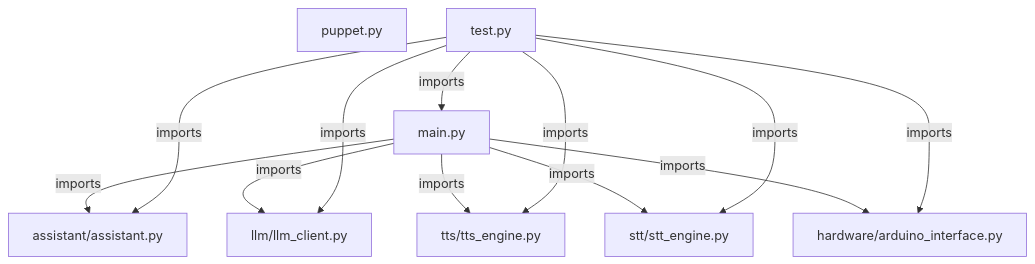
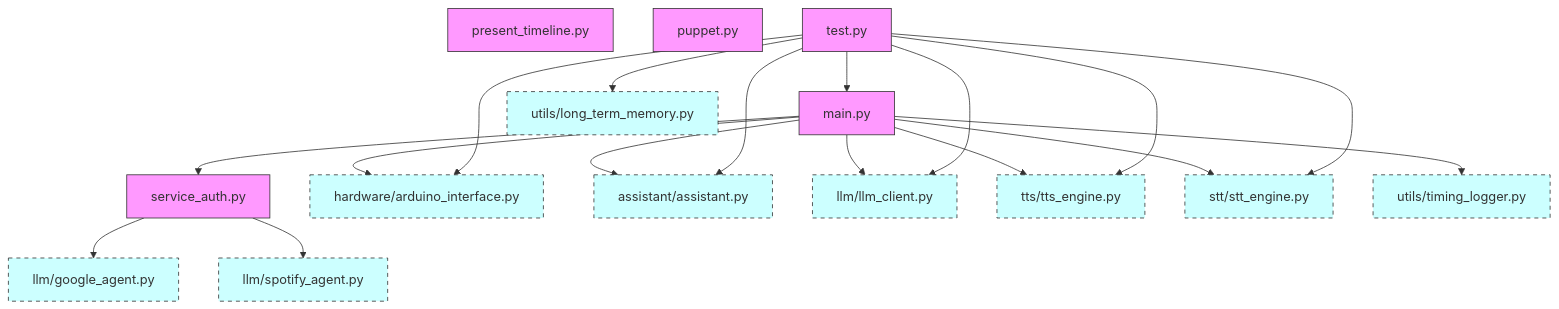
One commit to simonedland/Wheatley changed the diagram in wheatley/AI_Graph.md. Above: the diagram before and after it, drawn with Mermaid. The commit also changed 20 other files, not shown here.

First line of the commit message:
Refactor STT and TTS modules: Update AI graphs, enhance README documentation, and improve utility scripts

````diff
--- a/wheatley/AI_Graph.md
+++ b/wheatley/AI_Graph.md
@@ -3,23 +3,55 @@
 ```mermaid
 graph TD
-    main_py[main.py]
-    puppet_py[puppet.py]
-    test_py[test.py]
+    main_py["main.py"]
+    present_timeline_py["present_timeline.py"]
+    puppet_py["puppet.py"]
+    service_auth_py["service_auth.py"]
+    test_py["test.py"]
 
-    %% main.py relationships
-    main_py -->|imports| assistant_assistant[assistant/assistant.py]
-    main_py -->|imports| llm_llm_client[llm/llm_client.py]
-    main_py -->|imports| tts_tts_engine[tts/tts_engine.py]
-    main_py -->|imports| stt_stt_engine[stt/stt_engine.py]
-    main_py -->|imports| hardware_arduino_interface[hardware/arduino_interface.py]
+    %% main.py imports
+    main_py --> service_auth_py
+    main_py --> hardware_arduino_interface["hardware/arduino_interface.py"]
+    main_py --> assistant_assistant["assistant/assistant.py"]
+    main_py --> llm_llm_client["llm/llm_client.py"]
+    main_py --> tts_tts_engine["tts/tts_engine.py"]
+    main_py --> stt_stt_engine["stt/stt_engine.py"]
+    main_py --> utils_timing_logger["utils/timing_logger.py"]
 
-    %% test.py relationships
-    test_py -->|imports| main_py
-    test_py -->|imports| assistant_assistant
-    test_py -->|imports| llm_llm_client
-    test_py -->|imports| tts_tts_engine
-    test_py -->|imports| stt_stt_engine
-    test_py -->|imports| hardware_arduino_interface
+    %% service_auth.py imports
+    service_auth_py --> llm_google_agent["llm/google_agent.py"]
+    service_auth_py --> llm_spotify_agent["llm/spotify_agent.py"]
 
-    %% puppet.py is standalone (no local imports)
+    %% test.py imports
+    test_py --> main_py
+    test_py --> assistant_assistant
+    test_py --> llm_llm_client
+    test_py --> tts_tts_engine
+    test_py --> stt_stt_engine
+    test_py --> hardware_arduino_interface
+    test_py --> utils_long_term_memory["utils/long_term_memory.py"]
+
+    %% Notes for present_timeline.py and puppet.py
+    %% These are standalone GUIs and do not import from the others in this set
+
+    %% Show test.py depends on main.py and all assistant modules
+
+    %% File nodes
+    classDef file fill:#f9f,stroke:#333,stroke-width:1px;
+    main_py:::file
+    present_timeline_py:::file
+    puppet_py:::file
+    service_auth_py:::file
+    test_py:::file
+
+    %% External/Local module nodes (not files in this directory)
+    classDef ext fill:#cff,stroke:#333,stroke-width:1px,stroke-dasharray: 5 5;
+    hardware_arduino_interface:::ext
+    assistant_assistant:::ext
+    llm_llm_client:::ext
+    tts_tts_engine:::ext
+    stt_stt_engine:::ext
+    utils_timing_logger:::ext
+    utils_long_term_memory:::ext
+    llm_google_agent:::ext
+    llm_spotify_agent:::ext
 ```
````
